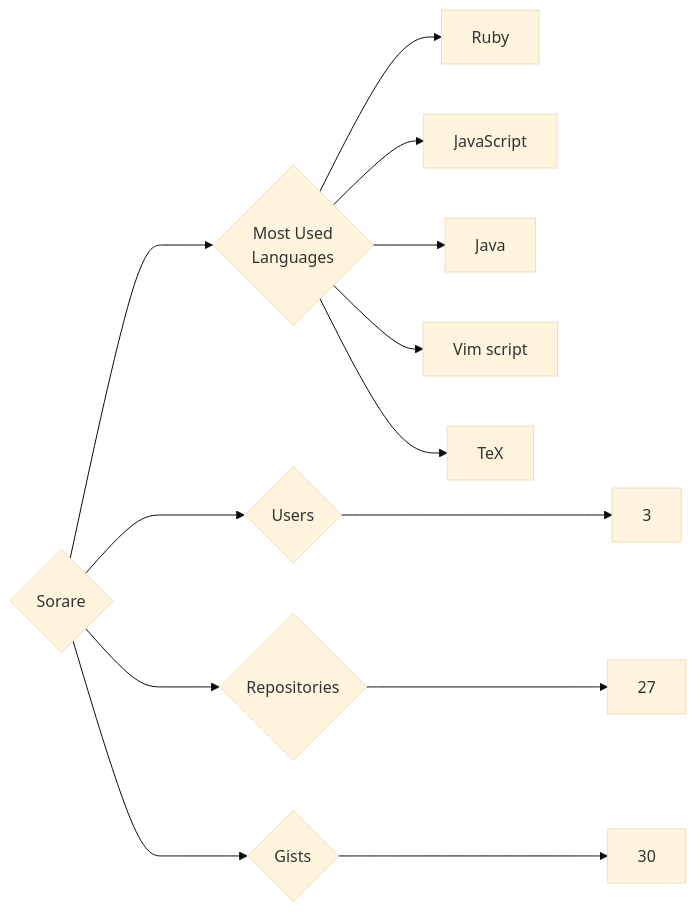
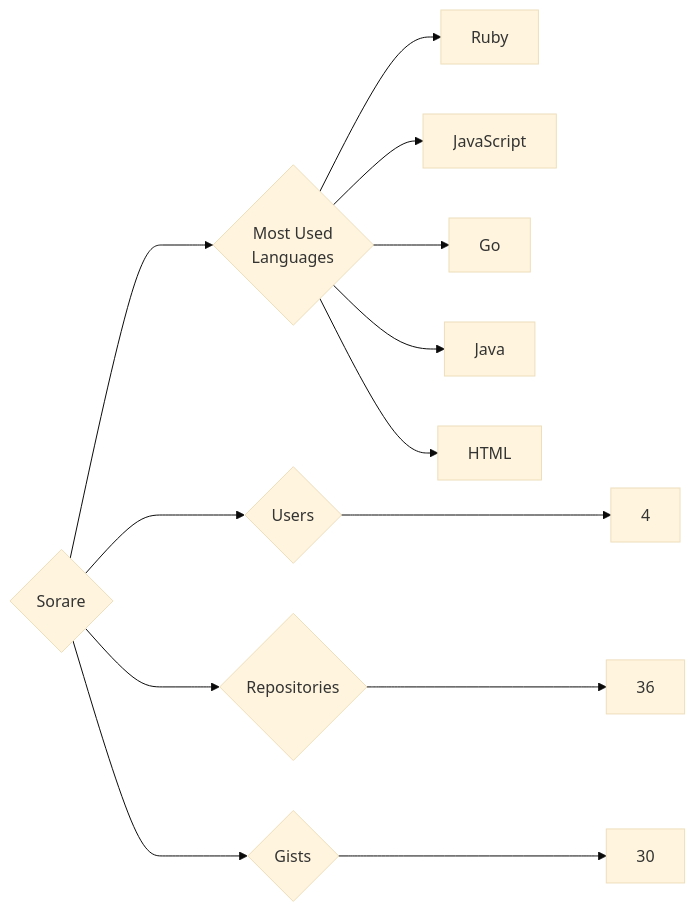
One commit to trickest/insiders changed the diagram in targets/Sorare/README.md. Above: the diagram before and after it, drawn with Mermaid (base theme). The commit also changed 955 other files, not shown here.

````diff
--- a/targets/Sorare/README.md
+++ b/targets/Sorare/README.md
@@ -3,13 +3,13 @@
 ```mermaid
 graph LR
 COMPANY_NAME{Sorare}
-COMPANY_NAME ---> U{Users} ---> UN[3]
-COMPANY_NAME ---> R{Repositories} ---> RN[27]
+COMPANY_NAME ---> U{Users} ---> UN[4]
+COMPANY_NAME ---> R{Repositories} ---> RN[36]
 COMPANY_NAME ---> G{Gists} ---> GN[30]
 COMPANY_NAME ---> ML{Most Used<br>Languages}
 ML --> Ruby[Ruby]
 ML --> JavaScript[JavaScript]
+ML --> Go[Go]
 ML --> Java[Java]
-ML --> Vim_script[Vim script]
-ML --> TeX[TeX]
+ML --> HTML[HTML]
 ```
````
